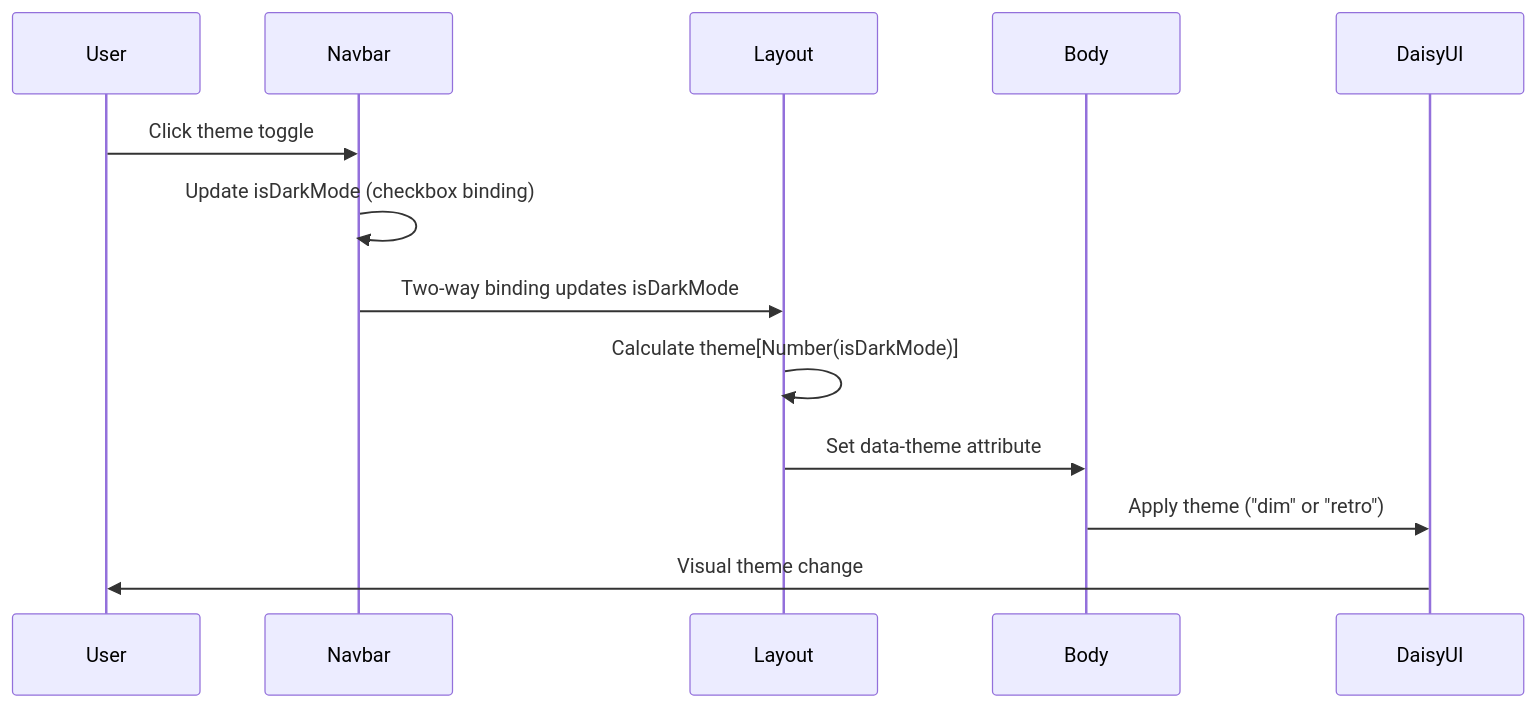
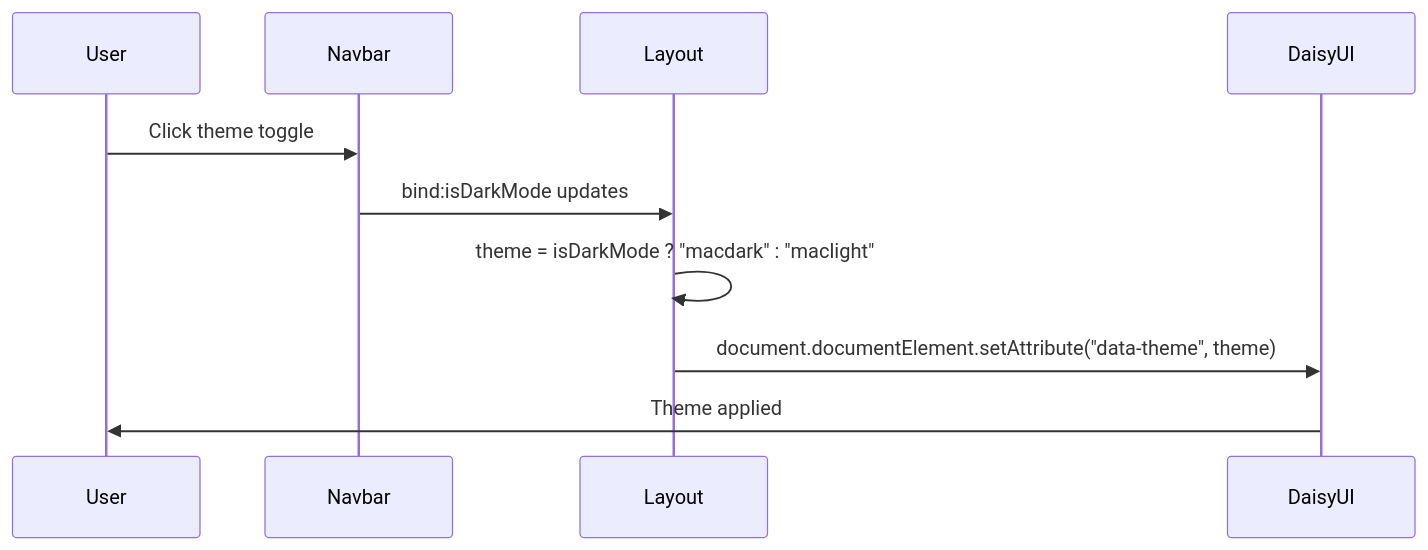
One commit to apramodk/pweb changed the fifth of 6 diagrams in ARCHITECTURE.md. Above: the diagram before and after it, drawn with Mermaid. The commit also changed other lines of this file and 19 other files, not shown here.

````diff
--- a/ARCHITECTURE.md
+++ b/ARCHITECTURE.md
@@ -241,16 +120,13 @@
 ```mermaid
 sequenceDiagram
     participant User
     participant Navbar
     participant Layout
-    participant Body
     participant DaisyUI
 
     User->>Navbar: Click theme toggle
-    Navbar->>Navbar: Update isDarkMode (checkbox binding)
-    Navbar->>Layout: Two-way binding updates isDarkMode
-    Layout->>Layout: Calculate theme[Number(isDarkMode)]
-    Layout->>Body: Set data-theme attribute
-    Body->>DaisyUI: Apply theme ("dim" or "retro")
-    DaisyUI->>User: Visual theme change
+    Navbar->>Layout: bind:isDarkMode updates
+    Layout->>Layout: theme = isDarkMode ? "macdark" : "maclight"
+    Layout->>DaisyUI: document.documentElement.setAttribute("data-theme", theme)
+    DaisyUI->>User: Theme applied
 ```
````
